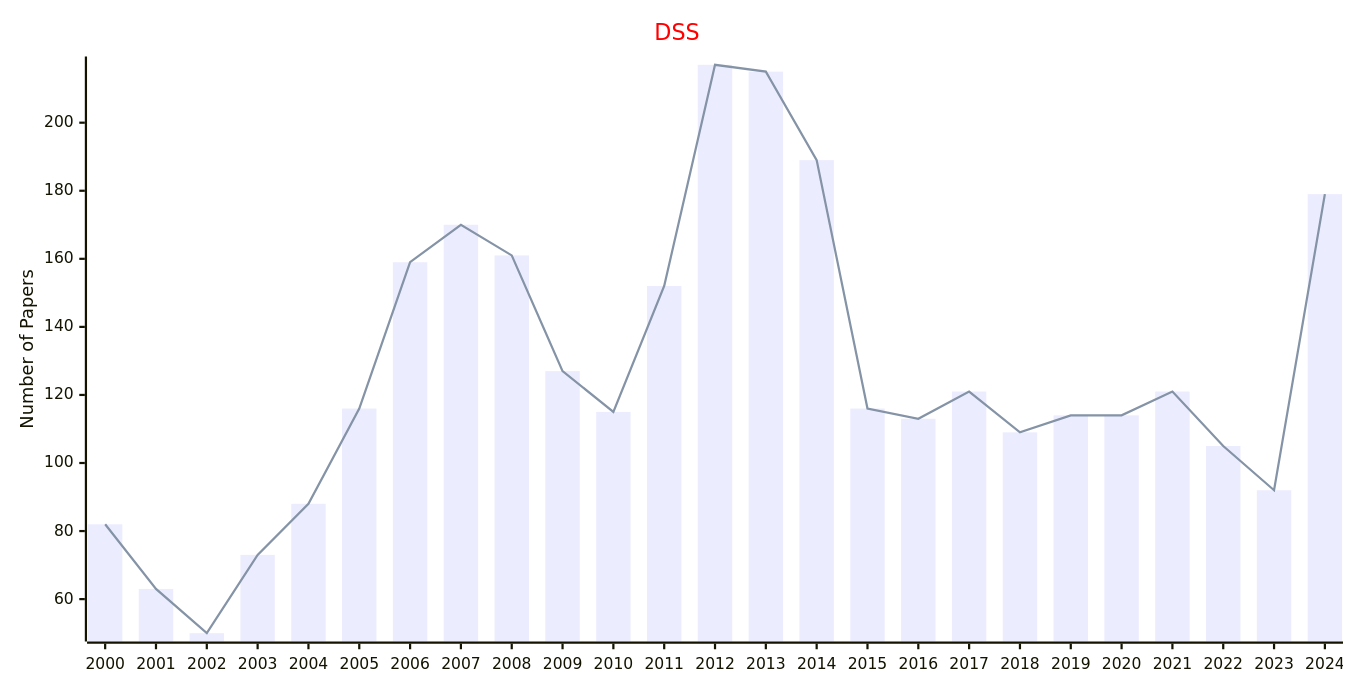
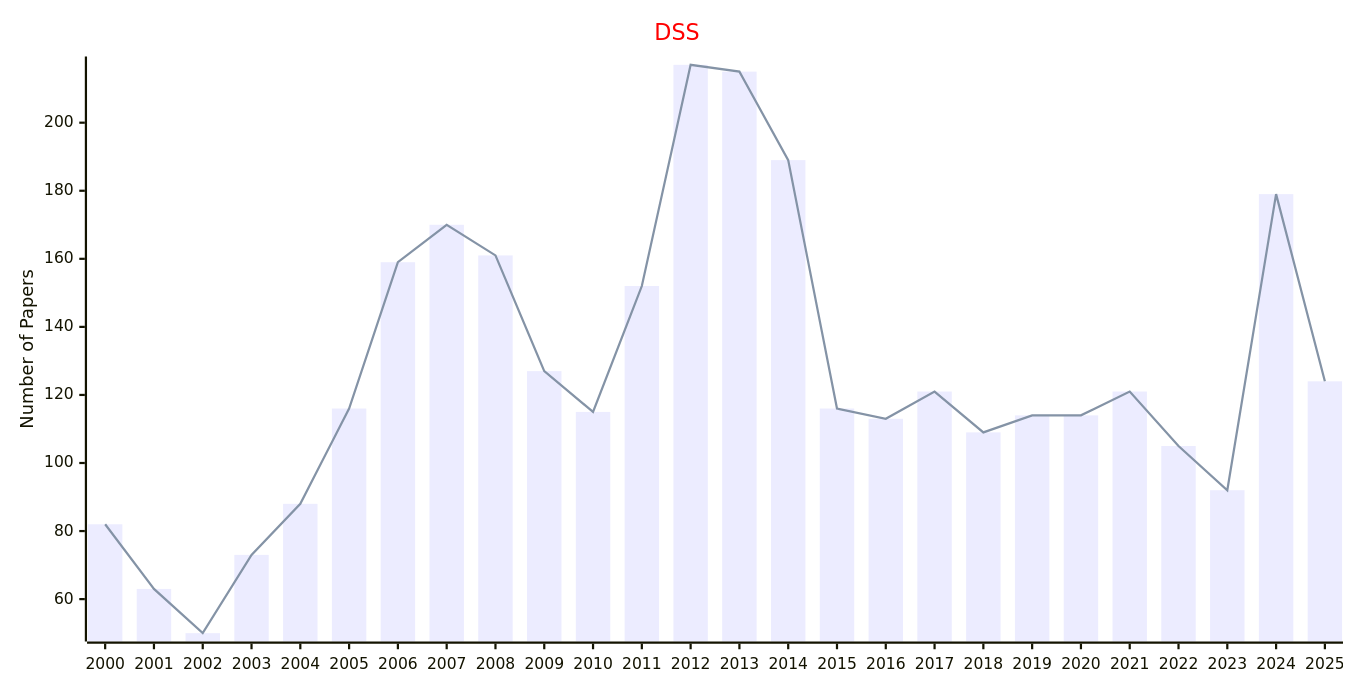
The diagram in docs/data/Journals/Statistics_Journals/Decision_Making.md (Easy-PhD/AILinks), drawn with Mermaid before and after one commit. The commit also changed 107 other files, not shown here.

````diff
--- a/docs/data/Journals/Statistics_Journals/Decision_Making.md
+++ b/docs/data/Journals/Statistics_Journals/Decision_Making.md
@@ -9,17 +9,17 @@
 ```mermaid
 ---
 config:
     xyChart:
         width: 1200
         height: 600
     themeVariables:
         xyChart:
             titleColor: "#ff0000"
 ---
 xychart-beta
     title "DSS"
-    x-axis [2000, 2001, 2002, 2003, 2004, 2005, 2006, 2007, 2008, 2009, 2010, 2011, 2012, 2013, 2014, 2015, 2016, 2017, 2018, 2019, 2020, 2021, 2022, 2023, 2024]
+    x-axis [2000, 2001, 2002, 2003, 2004, 2005, 2006, 2007, 2008, 2009, 2010, 2011, 2012, 2013, 2014, 2015, 2016, 2017, 2018, 2019, 2020, 2021, 2022, 2023, 2024, 2025]
     y-axis "Number of Papers"
-    bar [82, 63, 50, 73, 88, 116, 159, 170, 161, 127, 115, 152, 217, 215, 189, 116, 113, 121, 109, 114, 114, 121, 105, 92, 179]
-    line [82, 63, 50, 73, 88, 116, 159, 170, 161, 127, 115, 152, 217, 215, 189, 116, 113, 121, 109, 114, 114, 121, 105, 92, 179]
+    bar [82, 63, 50, 73, 88, 116, 159, 170, 161, 127, 115, 152, 217, 215, 189, 116, 113, 121, 109, 114, 114, 121, 105, 92, 179, 124]
+    line [82, 63, 50, 73, 88, 116, 159, 170, 161, 127, 115, 152, 217, 215, 189, 116, 113, 121, 109, 114, 114, 121, 105, 92, 179, 124]
 ```
````
